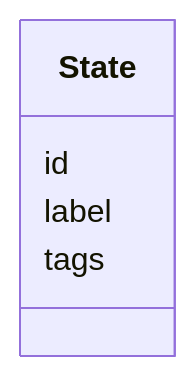
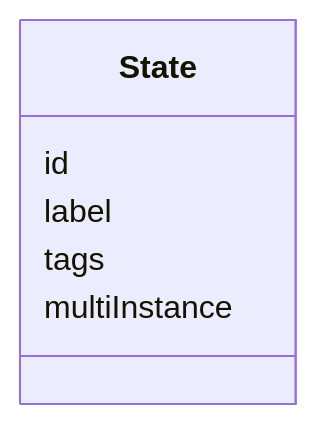
One commit to openuji/spec-ujg changed the second of 12 diagrams in specs/ed/graph/index.md. Above: the diagram before and after it, drawn with Mermaid. The commit also changed other lines of this file and 40 other files, not shown here.

````diff
--- a/specs/ed/graph/index.md
+++ b/specs/ed/graph/index.md
@@ -62,8 +67,9 @@
 ```mermaid
 classDiagram
   class State {
     id
     label
     tags
+    multiInstance
   }
 ```
````
